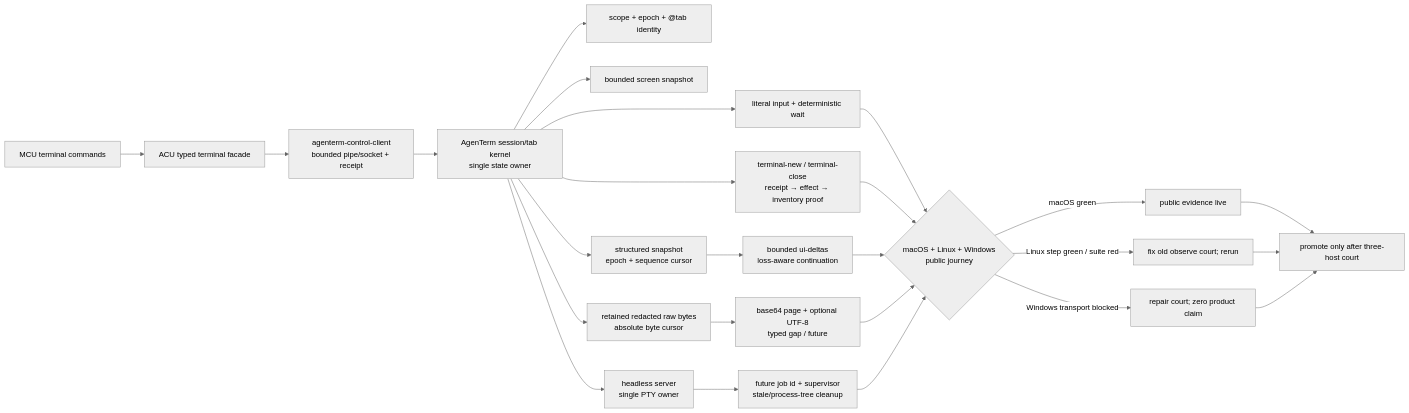
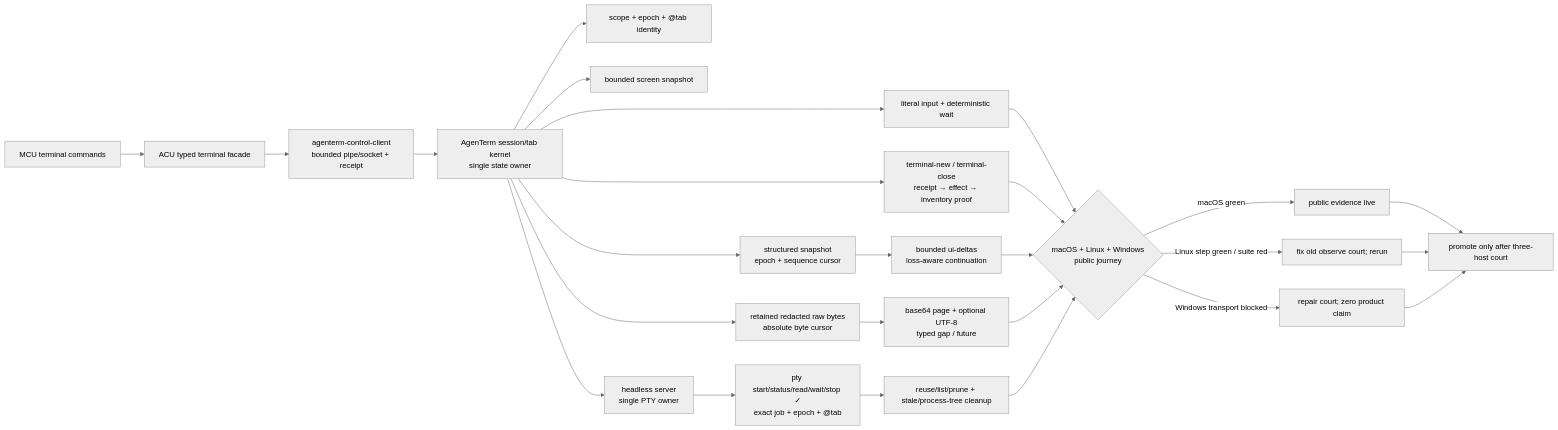
The first of 2 diagrams in prd/PRD_02_28_agenterm_cu.md (partnernetsoftware/agenterm), drawn with Mermaid (neutral theme) before and after one commit. The commit also changed other lines of this file and 18 other files, not shown here.

````diff
--- a/prd/PRD_02_28_agenterm_cu.md
+++ b/prd/PRD_02_28_agenterm_cu.md
@@ -491,27 +501,28 @@
 ```mermaid
 flowchart LR
   M["MCU terminal commands"] --> F["ACU typed terminal facade"]
   F --> C["agenterm-control-client<br/>bounded pipe/socket + receipt"]
   C --> K["AgenTerm session/tab kernel<br/>single state owner"]
   K --> I["scope + epoch + @tab identity"]
   K --> L["terminal-new / terminal-close<br/>receipt → effect → inventory proof"]
   K --> S["bounded screen snapshot"]
   K --> E["structured snapshot<br/>epoch + sequence cursor"]
   E --> D["bounded ui-deltas<br/>loss-aware continuation"]
   K --> R["retained redacted raw bytes<br/>absolute byte cursor"]
   R --> B["base64 page + optional UTF-8<br/>typed gap / future"]
   K --> W["literal input + deterministic wait"]
   W --> Q{"macOS + Linux + Windows<br/>public journey"}
   L --> Q
   D --> Q
   B --> Q
   K --> H["headless server<br/>single PTY owner"]
-  H --> J["future job id + supervisor<br/>stale/process-tree cleanup"]
-  J --> Q
+  H --> J["pty start/status/read/wait/stop ✓<br/>exact job + epoch + @tab"]
+  J --> J2["reuse/list/prune + stale/process-tree cleanup"]
+  J2 --> Q
   Q -->|macOS green| M1["public evidence live"]
   Q -->|Linux step green / suite red| L1["fix old observe court; rerun"]
   Q -->|Windows transport blocked| W1["repair court; zero product claim"]
   M1 --> P["promote only after three-host court"]
   L1 --> P
   W1 --> P
 ```
````
